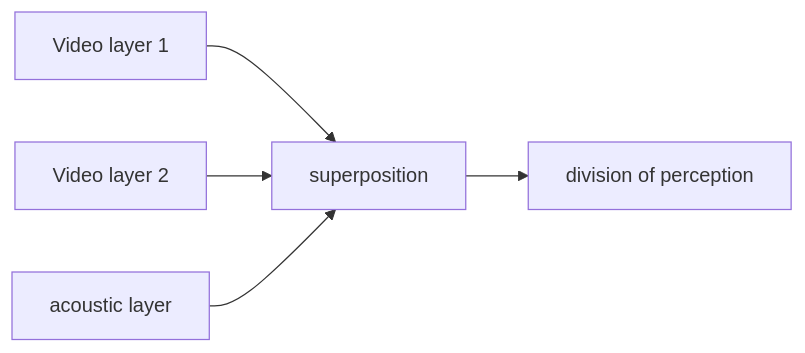
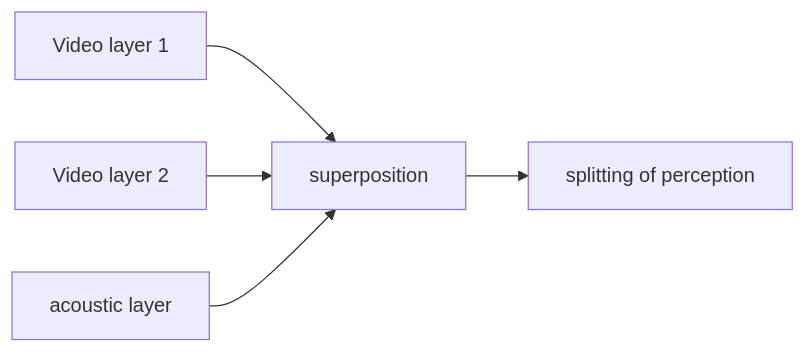
One commit to monumental-movement/monumental-movement.github.io changed the seventh of 8 diagrams in en/_posts/2026-04-18-column-ryoji-ikeda.md. Above: the diagram before and after it, drawn with Mermaid. The commit also changed other lines of this file and 445 other files, not shown here.

```diff
--- a/en/_posts/2026-04-18-column-ryoji-ikeda.md
+++ b/en/_posts/2026-04-18-column-ryoji-ikeda.md
@@ -216,7 +216,7 @@
 <div class="mermaid">
 graph LR
 A[Video layer 1] --> D[superposition]
 B[Video layer 2] --> D
 C[acoustic layer] --> D
-D --> E[division of perception]
+D --> E[splitting of perception]
 </div>
```
